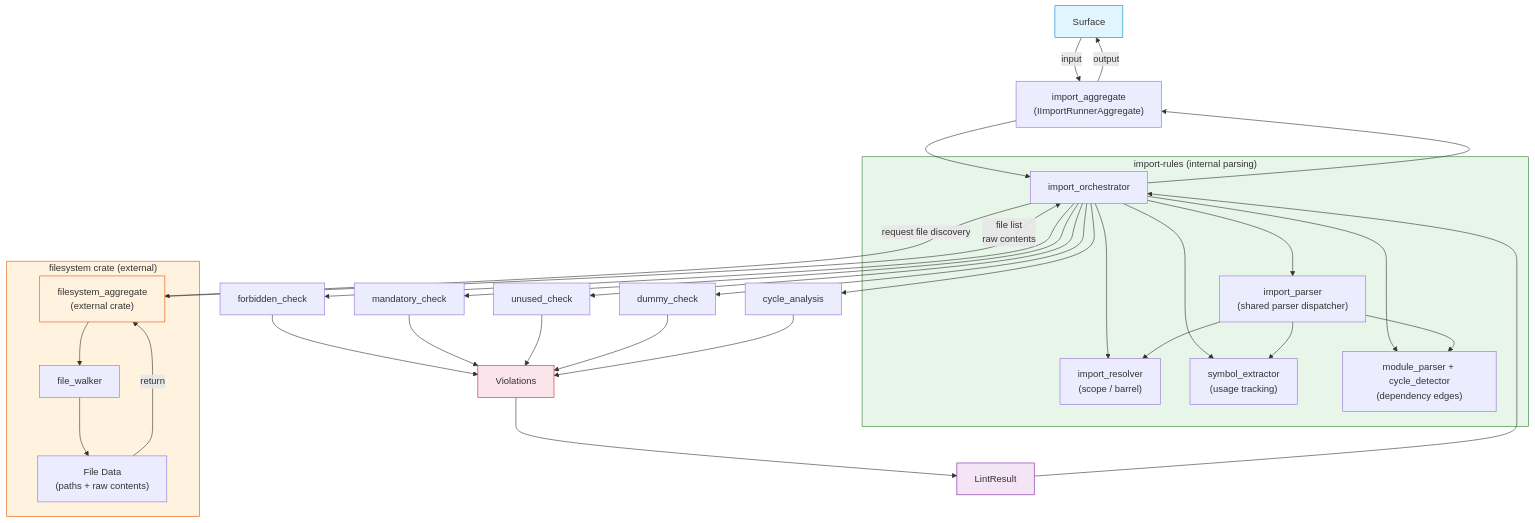
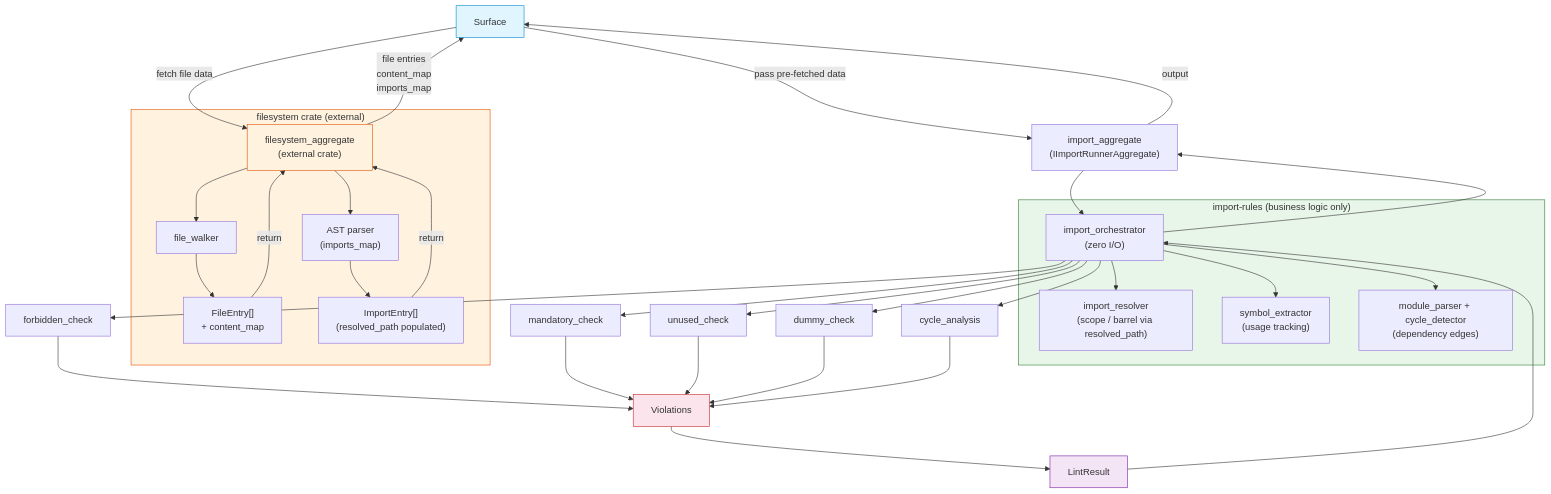
Before and after one commit to rakaarwaky/lint-arwaky: the diagram in crates/import-rules/FRD.md, drawn with Mermaid. The commit also changed other lines of this file and 44 other files, not shown here.

Commit message:
refactor: update import module resolution to use pre-resolved paths and add unit tests for role auditor capabilities.

````diff
--- a/crates/import-rules/FRD.md
+++ b/crates/import-rules/FRD.md
@@ -9,48 +9,47 @@
 ```mermaid
 flowchart TD
-    A["Surface"] -->|input| B["import_aggregate\n(IImportRunnerAggregate)"]
-    B --> C["import_orchestrator"]
-
-    C -->|"request file discovery"| D["filesystem_aggregate\n(external crate)"]
+    A["Surface"] -->|"fetch file data"| D["filesystem_aggregate\n(external crate)"]
 
     subgraph FS ["filesystem crate (external)"]
         D --> E1["file_walker"]
-        E1 --> G1["File Data\n(paths + raw contents)"]
+        D --> E2["AST parser\n(imports_map)"]
+        E1 --> G1["FileEntry[]\n+ content_map"]
+        E2 --> G2["ImportEntry[]\n(resolved_path populated)"]
     end
 
     G1 -->|"return"| D
-    D -->|"file list\nraw contents"| C
+    G2 -->|"return"| D
+    D -->|"file entries\ncontent_map\nimports_map"| A
 
-    subgraph IR ["import-rules (internal parsing)"]
-        C --> P1["import_parser\n(shared parser dispatcher)"]
-        C --> P2["import_resolver\n(scope / barrel)"]
-        C --> P3["symbol_extractor\n(usage tracking)"]
-        C --> P4["module_parser + cycle_detector\n(dependency edges)"]
-        P1 --> P2
-        P1 --> P3
-        P1 --> P4
+    A -->|"pass pre-fetched data"| B["import_aggregate\n(IImportRunnerAggregate)"]
+    B --> C["import_orchestrator\n(zero I/O)"]
+
+    subgraph IR ["import-rules (business logic only)"]
+        C --> P1["import_resolver\n(scope / barrel via resolved_path)"]
+        C --> P2["symbol_extractor\n(usage tracking)"]
+        C --> P3["module_parser + cycle_detector\n(dependency edges)"]
     end
 
     C --> H1["forbidden_check"]
     C --> H2["mandatory_check"]
     C --> H3["unused_check"]
     C --> H4["dummy_check"]
     C --> H5["cycle_analysis"]
     H1 --> I["Violations"]
     H2 --> I
     H3 --> I
     H4 --> I
     H5 --> I
 
     I --> J["LintResult"]
     J --> C
     C --> B
     B -->|output| A
 
     style A fill:#e1f5fe,stroke:#0288d1
     style FS fill:#fff3e0,stroke:#e65100
     style IR fill:#e8f5e9,stroke:#2e7d32
     style D fill:#fff3e0,stroke:#e65100
     style I fill:#fce4ec,stroke:#c62828
     style J fill:#f3e5f5,stroke:#7b1fa2
 ```
````
